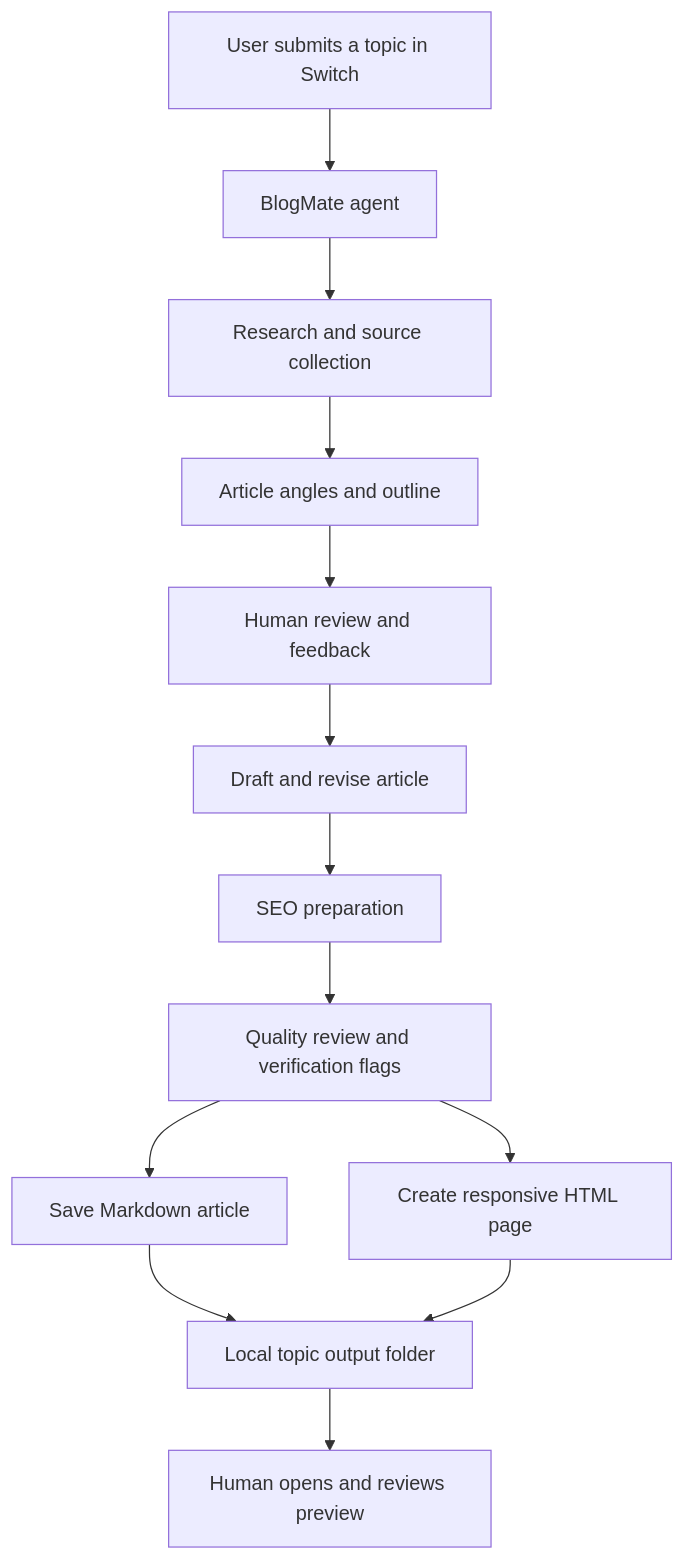
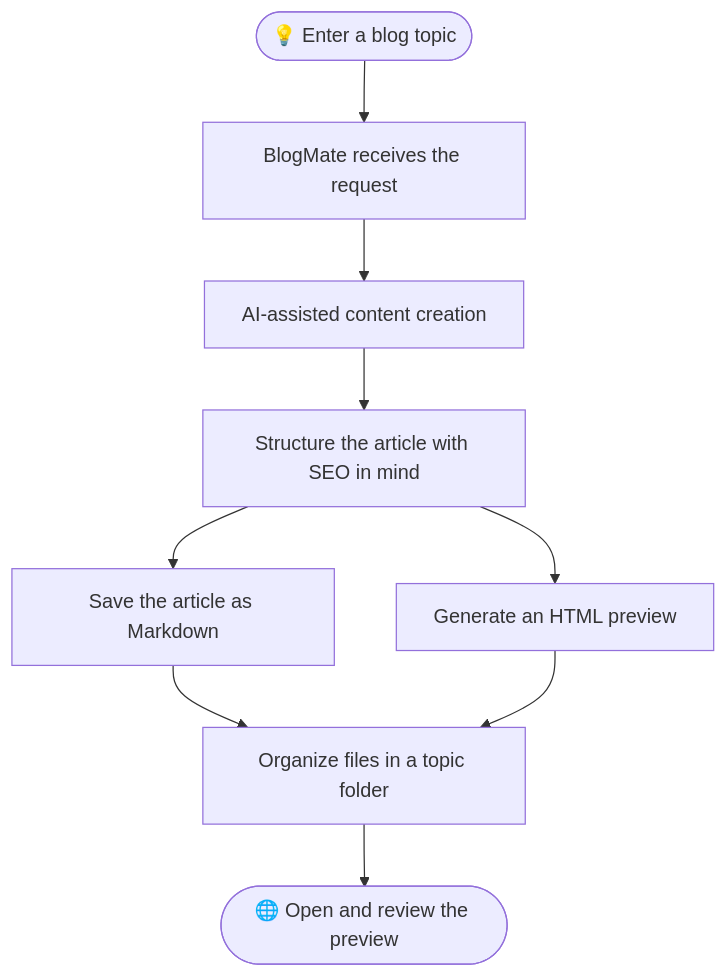
Before and after one commit to Chinmayi-H-M/blogmate: the diagram in README.md, drawn with Mermaid. The commit also changed other lines of this file, not shown here.

Commit message:
Improve BlogMate README with visuals and workflow

````diff
--- a/README.md
+++ b/README.md
@@ -74,15 +71,11 @@
 ```mermaid
 flowchart TD
-    A[User submits a topic in Switch] --> B[BlogMate agent]
-    B --> C[Research and source collection]
-    C --> D[Article angles and outline]
-    D --> E[Human review and feedback]
-    E --> F[Draft and revise article]
-    F --> G[SEO preparation]
-    G --> H[Quality review and verification flags]
-    H --> I[Save Markdown article]
-    H --> J[Create responsive HTML page]
-    I --> K[Local topic output folder]
-    J --> K
-    K --> L[Human opens and reviews preview]
+    A([💡 Enter a blog topic]) --> B[BlogMate receives the request]
+    B --> C[AI-assisted content creation]
+    C --> D[Structure the article with SEO in mind]
+    D --> E[Save the article as Markdown]
+    D --> F[Generate an HTML preview]
+    E --> G[Organize files in a topic folder]
+    F --> G
+    G --> H([🌐 Open and review the preview])
 ```
````
